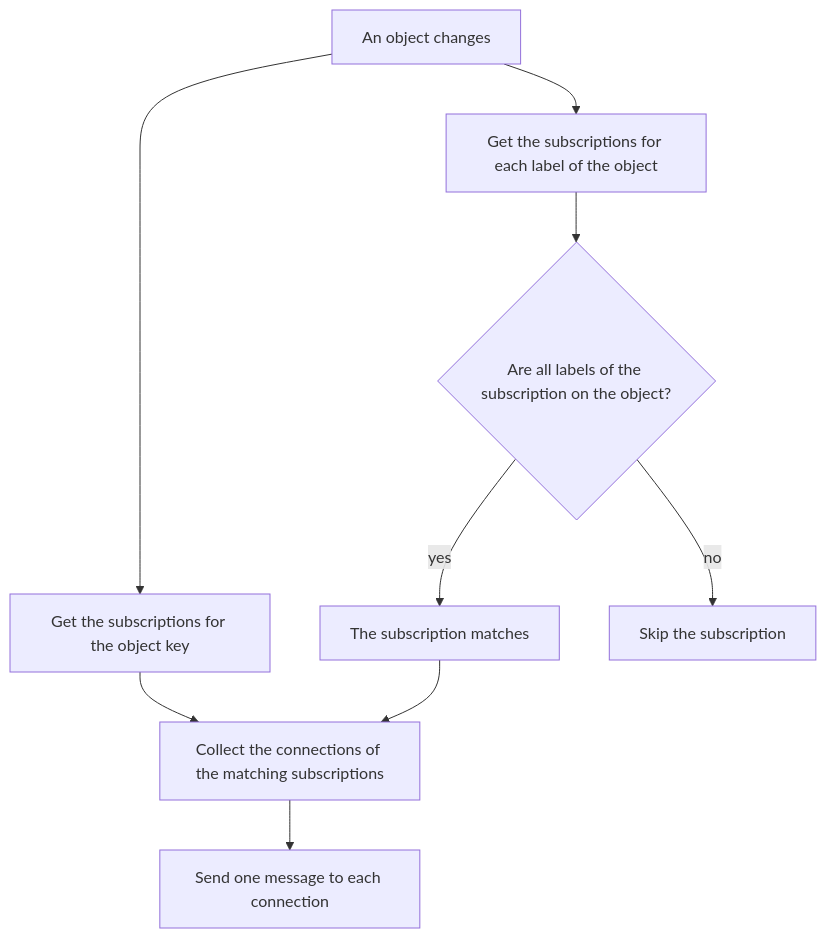
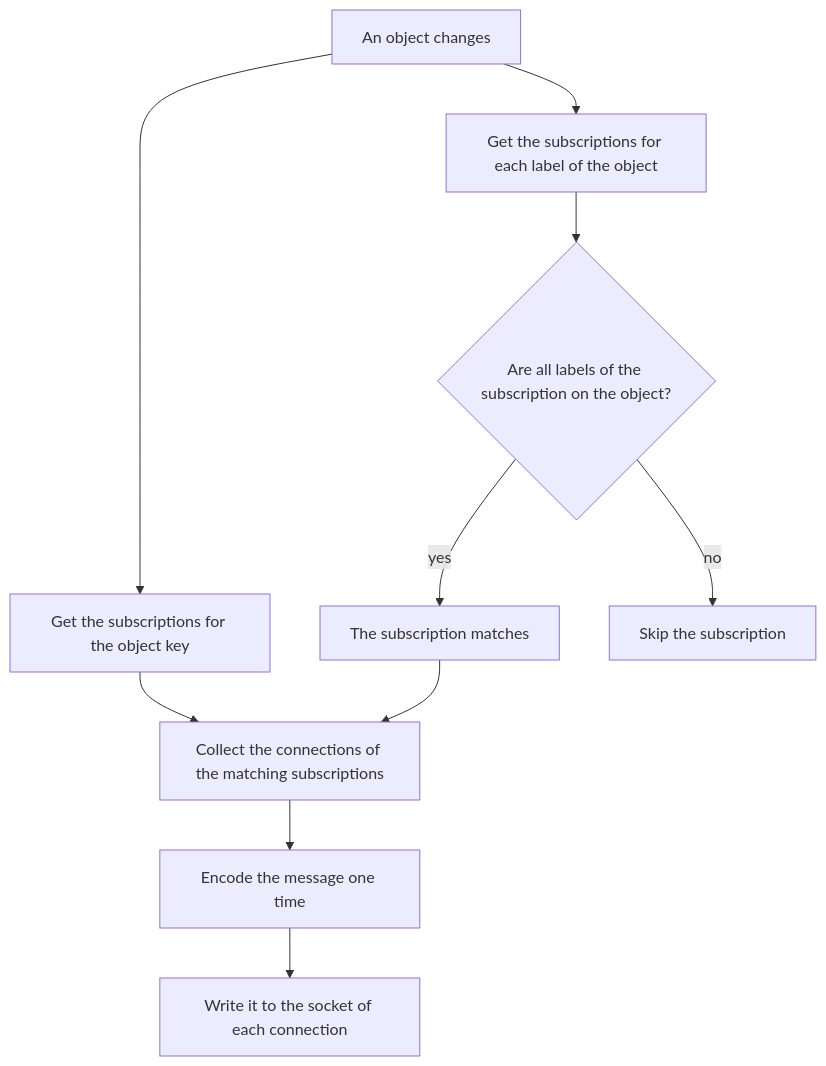
Before and after one commit to tanmoysrt/beacon: the fifth of 7 diagrams in docs/architecture.md, drawn with Mermaid. The commit also changed other lines of this file and 9 other files, not shown here.

````diff
--- a/docs/architecture.md
+++ b/docs/architecture.md
@@ -88,11 +88,12 @@
 ```mermaid
 flowchart TB
     A["An object changes"] --> B["Get the subscriptions for the object key"]
     A --> C["Get the subscriptions for each label of the object"]
     C --> D{"Are all labels of the subscription on the object?"}
     D -- "yes" --> E["The subscription matches"]
     D -- "no" --> F["Skip the subscription"]
     B --> G["Collect the connections of the matching subscriptions"]
     E --> G
-    G --> H["Send one message to each connection"]
+    G --> I["Encode the message one time"]
+    I --> H["Write it to the socket of each connection"]
 ```
````
